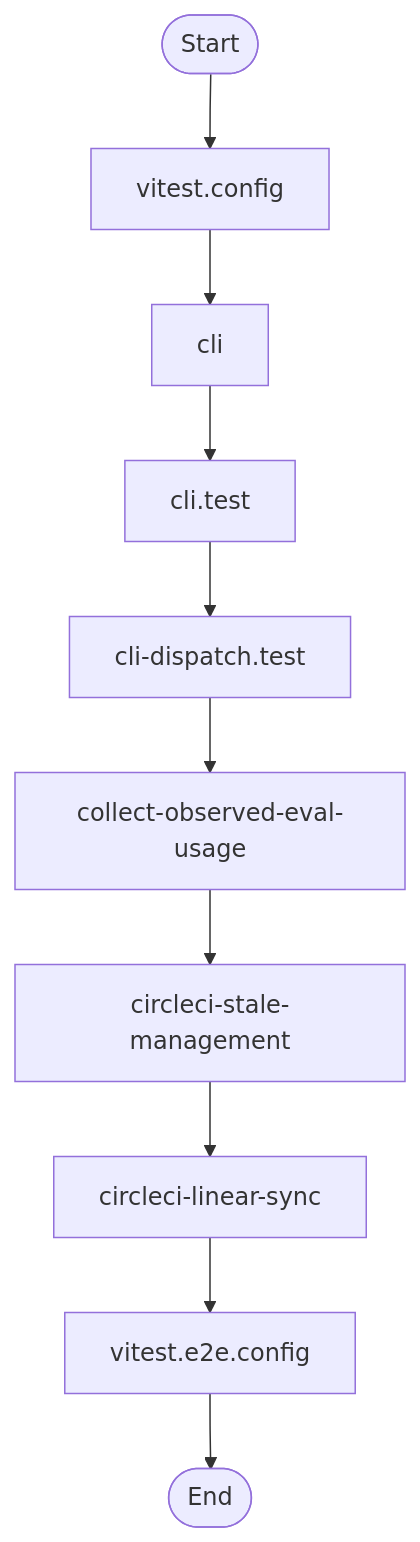
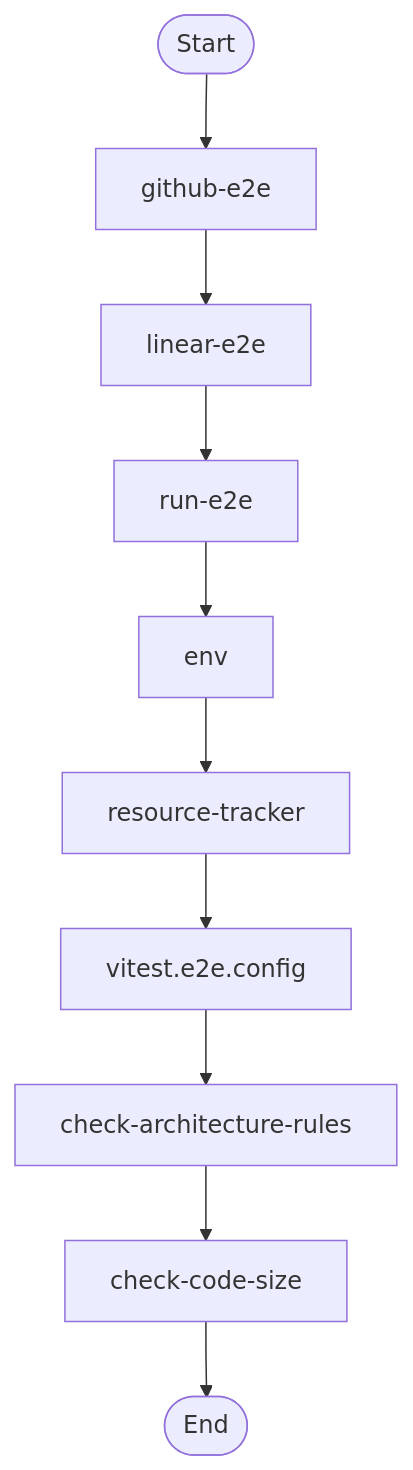
One commit to jscraik/coding-harness changed the tenth of 14 diagrams in AI/context/diagram-context.md. Above: the diagram before and after it, drawn with Mermaid. The commit also changed other lines of this file and 74 other files, not shown here.

````diff
--- a/AI/context/diagram-context.md
+++ b/AI/context/diagram-context.md
@@ -1755,23 +974,23 @@
 ```mermaid
 flowchart TD
   Start(["Start"])
-  vitest_config_a9f1245e["vitest.config"]
-  Start --> vitest_config_a9f1245e
-  cli_99bb8840["cli"]
-  vitest_config_a9f1245e --> cli_99bb8840
-  cli_test_4851f28b["cli.test"]
-  cli_99bb8840 --> cli_test_4851f28b
-  cli_dispatch_test_54c9f17b["cli-dispatch.test"]
-  cli_test_4851f28b --> cli_dispatch_test_54c9f17b
-  collect_observed_eval_usage_1724425c["collect-observed-eval-usage"]
-  cli_dispatch_test_54c9f17b --> collect_observed_eval_usage_1724425c
-  circleci_stale_management_664de1d9["circleci-stale-management"]
-  collect_observed_eval_usage_1724425c --> circleci_stale_management_664de1d9
-  circleci_linear_sync_19c0d6da["circleci-linear-sync"]
-  circleci_stale_management_664de1d9 --> circleci_linear_sync_19c0d6da
+  github_e2e_2891a341["github-e2e"]
+  Start --> github_e2e_2891a341
+  linear_e2e_decf3708["linear-e2e"]
+  github_e2e_2891a341 --> linear_e2e_decf3708
+  run_e2e_39efe696["run-e2e"]
+  linear_e2e_decf3708 --> run_e2e_39efe696
+  env_b77349bf["env"]
+  run_e2e_39efe696 --> env_b77349bf
+  resource_tracker_d95b6649["resource-tracker"]
+  env_b77349bf --> resource_tracker_d95b6649
   vitest_e2e_config_4e2a61bc["vitest.e2e.config"]
-  circleci_linear_sync_19c0d6da --> vitest_e2e_config_4e2a61bc
+  resource_tracker_d95b6649 --> vitest_e2e_config_4e2a61bc
+  check_architecture_rules_6b7347fd["check-architecture-rules"]
+  vitest_e2e_config_4e2a61bc --> check_architecture_rules_6b7347fd
+  check_code_size_9c5efc3a["check-code-size"]
+  check_architecture_rules_6b7347fd --> check_code_size_9c5efc3a
   End(["End"])
-  vitest_e2e_config_4e2a61bc --> End
+  check_code_size_9c5efc3a --> End
 
 ```
````
